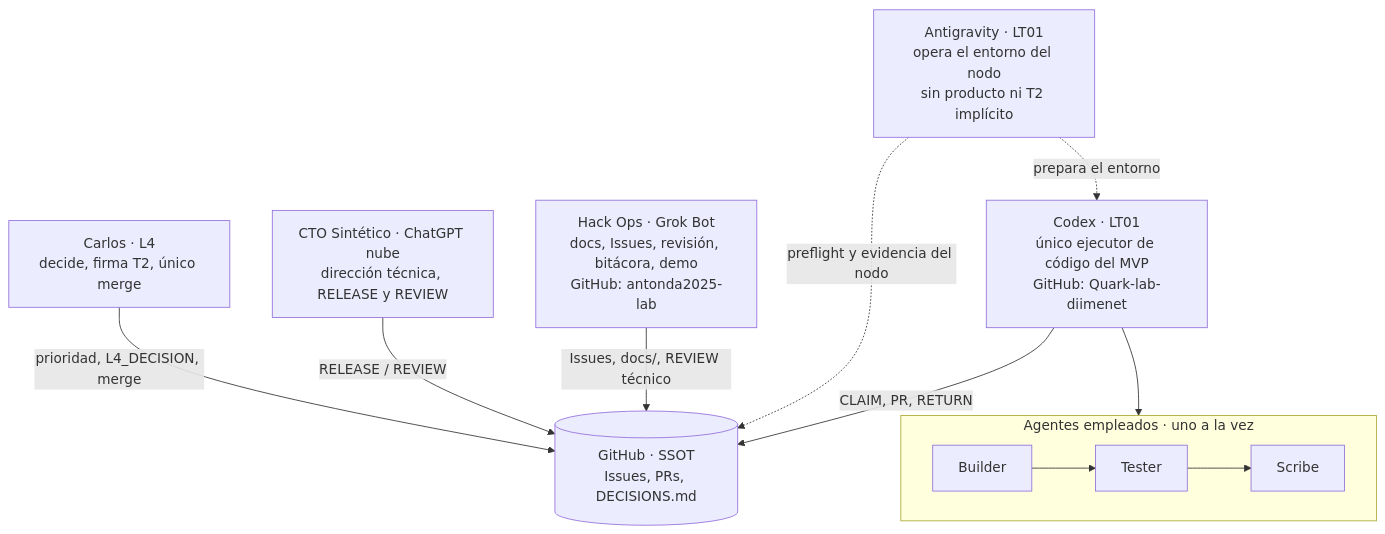
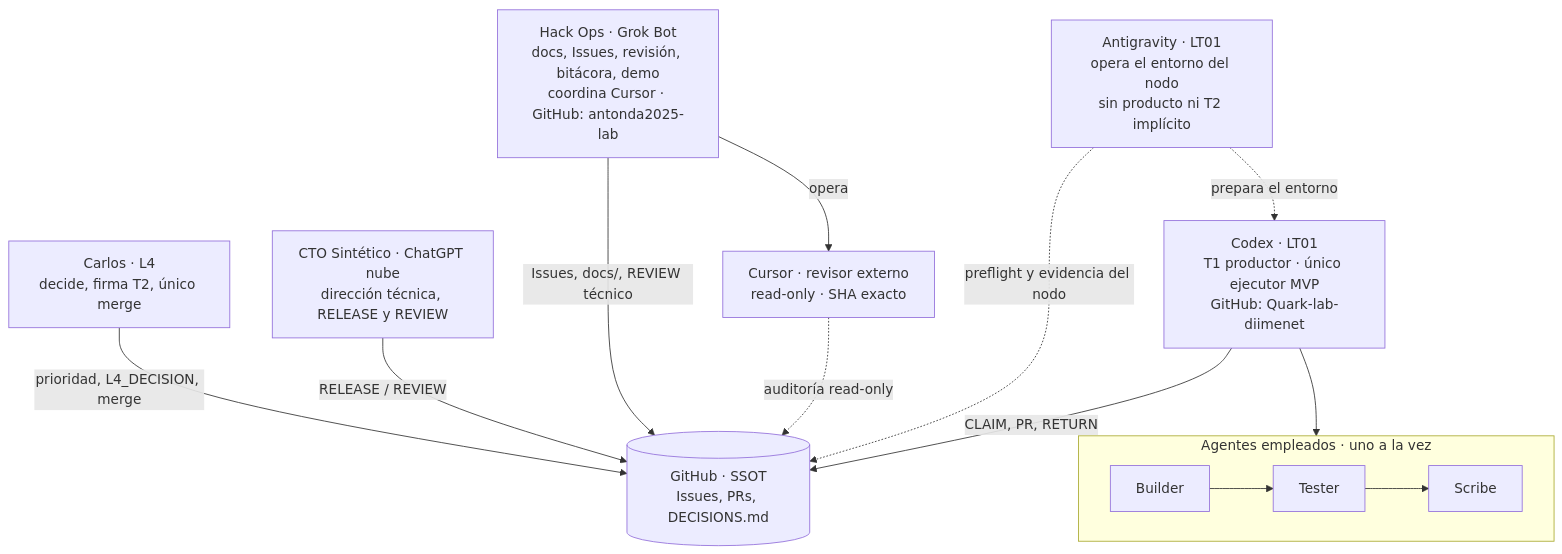
The first of 3 diagrams in docs/SQUAD_OPERATION.md (CarlosSoto92/scribe-recovery-openai), drawn with Mermaid before and after one commit. The commit also changed other lines of this file and 3 other files, not shown here.

Commit message:
docs: sesiones concurrentes y revisión cruzada con Cursor (CTO DOC_REQUEST)

````diff
--- a/docs/SQUAD_OPERATION.md
+++ b/docs/SQUAD_OPERATION.md
@@ -7,20 +7,23 @@
 ```mermaid
 flowchart TB
     L4["Carlos · L4<br/>decide, firma T2, único merge"]
     CTO["CTO Sintético · ChatGPT nube<br/>dirección técnica, RELEASE y REVIEW"]
-    HO["Hack Ops · Grok Bot<br/>docs, Issues, revisión, bitácora, demo<br/>GitHub: antonda2025-lab"]
+    HO["Hack Ops · Grok Bot<br/>docs, Issues, revisión, bitácora, demo<br/>coordina Cursor · GitHub: antonda2025-lab"]
+    CR["Cursor · revisor externo<br/>read-only · SHA exacto"]
     AG["Antigravity · LT01<br/>opera el entorno del nodo<br/>sin producto ni T2 implícito"]
-    CX["Codex · LT01<br/>único ejecutor de código del MVP<br/>GitHub: Quark-lab-diimenet"]
+    CX["Codex · LT01<br/>T1 productor · único ejecutor MVP<br/>GitHub: Quark-lab-diimenet"]
     subgraph EMP["Agentes empleados · uno a la vez"]
         B["Builder"] --> T["Tester"] --> S["Scribe"]
     end
     GH[("GitHub · SSOT<br/>Issues, PRs, DECISIONS.md")]
 
     L4 -->|"prioridad, L4_DECISION, merge"| GH
     CTO -->|"RELEASE / REVIEW"| GH
     HO -->|"Issues, docs/, REVIEW técnico"| GH
+    HO -->|"opera"| CR
+    CR -.->|"auditoría read-only"| GH
     CX -->|"CLAIM, PR, RETURN"| GH
     AG -.->|"preflight y evidencia del nodo"| GH
     AG -.->|"prepara el entorno"| CX
     CX --> EMP
 ```
````
